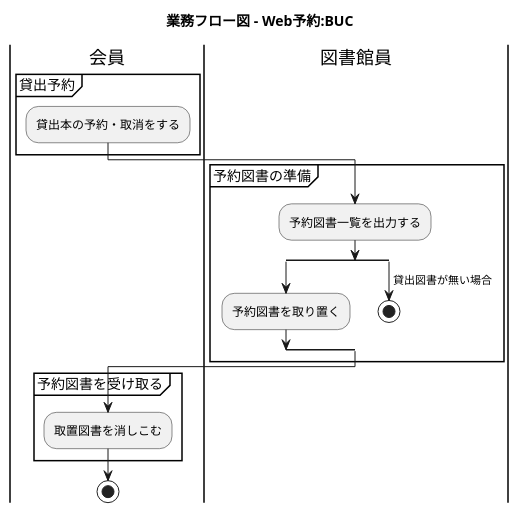
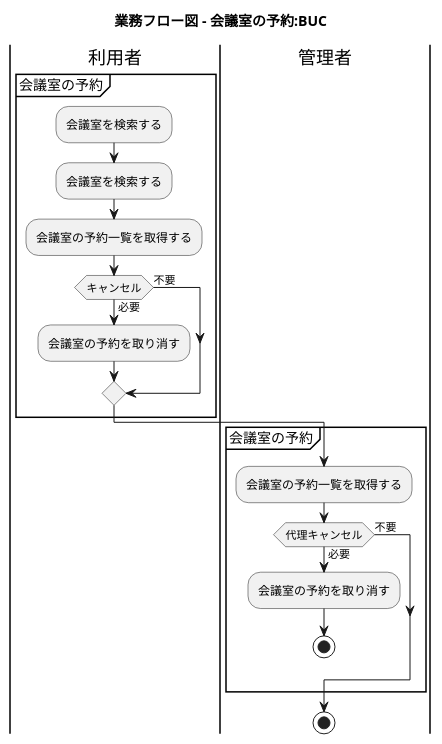
One commit to k2works/case-study-mrs changed the sixth of 15 diagrams in docs/index.adoc. Above: the diagram before and after it, drawn with PlantUML. The commit also changed other lines of this file, not shown here.

```diff
--- a/docs/index.adoc
+++ b/docs/index.adoc
@@ -198,39 +181,30 @@
 [plantuml]
 ----
 @startuml
 
-title 業務フロー図 - Web予約:BUC
+title 業務フロー図 - 会議室の予約:BUC
 
-/'
-actor 会員
-actor 図書館員
-usecase 貸出本の予約・取消をする
-usecase 予約図書一覧を出力する
-usecase 予約図書を取り置く
-usecase 取置図書を消しこむ
-'/
-
-|会員|
-partition 貸出予約 {
-  :貸出本の予約・取消をする;
+|利用者|
+partition 会議室の予約 {
+  :会議室を検索する;
+  :会議室を検索する;
+  :会議室の予約一覧を取得する;
+   if (キャンセル) then (必要)
+    :会議室の予約を取り消す;
+   else (不要)
+   endif
 }
 
-|図書館員|
-partition 予約図書の準備 {
-  :予約図書一覧を出力する;
-  split
-    :予約図書を取り置く;
-  split again
-    -> 貸出図書が無い場合;
-    stop
-  end split
-}
-
-|会員|
-partition 予約図書を受け取る {
-  :取置図書を消しこむ;
+|管理者|
+partition 会議室の予約 {
+   :会議室の予約一覧を取得する;
+   if (代理キャンセル) then (必要)
+    :会議室の予約を取り消す;
+   stop
+   else (不要)
+   endif
 }
 stop
 
 @enduml
 ----
```
